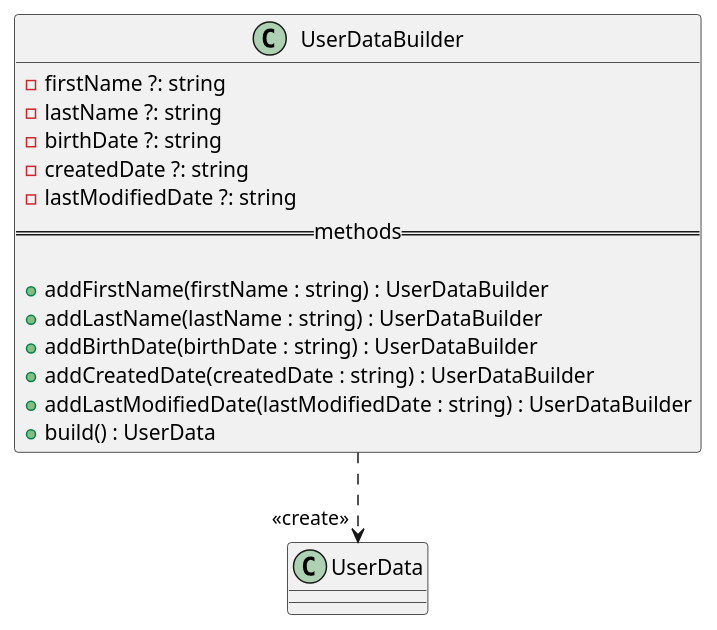
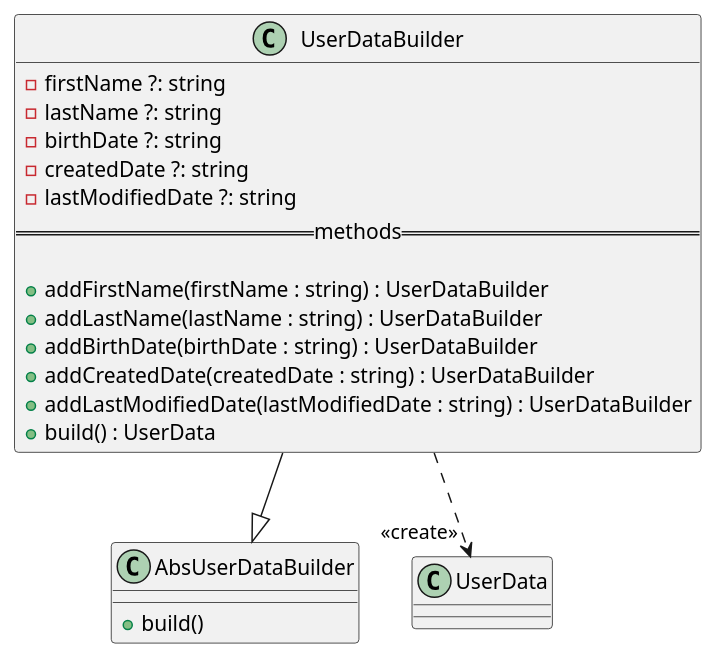
One commit to GruppOne/stalker-web-app changed the diagram in docs/diagrams/classes/User/UserDataBuilder.pu. Above: the diagram before and after it, drawn with PlantUML. The commit also changed 22 other files, not shown here.

Commit message:
docs: improve class diagrams, add allegato tecnico structure

```diff
--- a/docs/diagrams/classes/User/UserDataBuilder.pu
+++ b/docs/diagrams/classes/User/UserDataBuilder.pu
@@ -1,19 +1,24 @@
 @startuml UserDataBuilder Diagram
+
+class AbsUserDataBuilder {
+    + build()
+}
 class UserDataBuilder {
   - firstName ?: string
   - lastName ?: string
   - birthDate ?: string
   - createdDate ?: string
   - lastModifiedDate ?: string
   ==methods==
 
   + addFirstName(firstName : string) : UserDataBuilder
   + addLastName(lastName : string) : UserDataBuilder
   + addBirthDate(birthDate : string) : UserDataBuilder
   + addCreatedDate(createdDate : string) : UserDataBuilder
   + addLastModifiedDate(lastModifiedDate : string) : UserDataBuilder
   + build() : UserData
 }
 
 UserDataBuilder ..> "<<create>>" UserData
+UserDataBuilder --|> AbsUserDataBuilder
 @enduml
```
